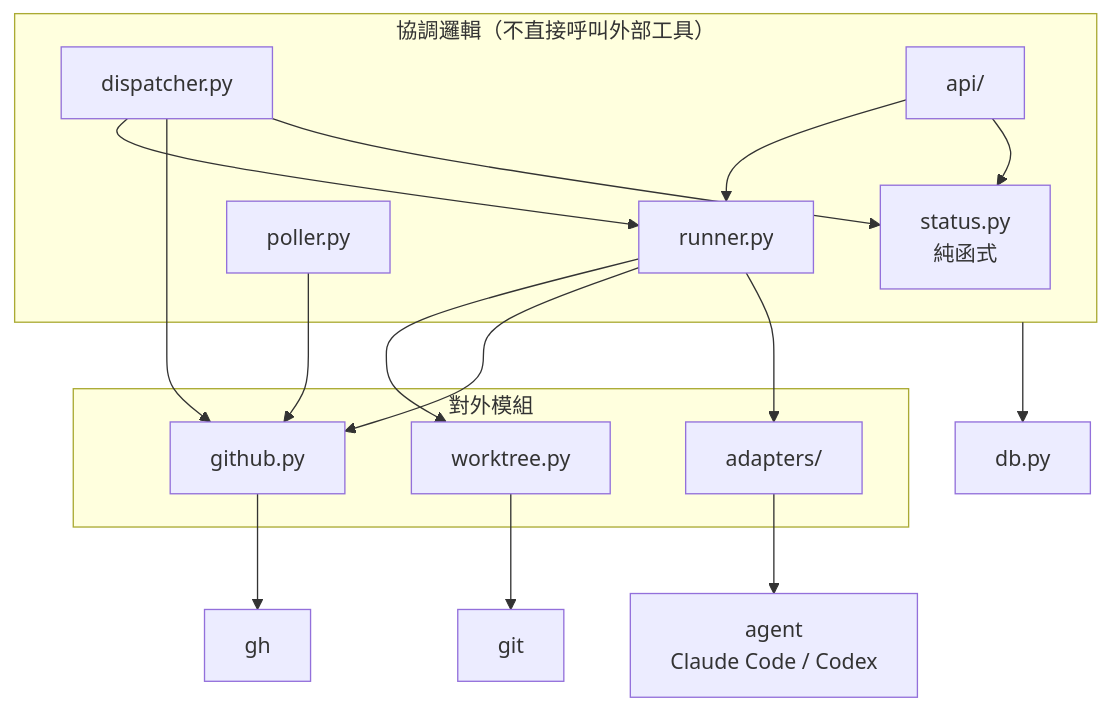
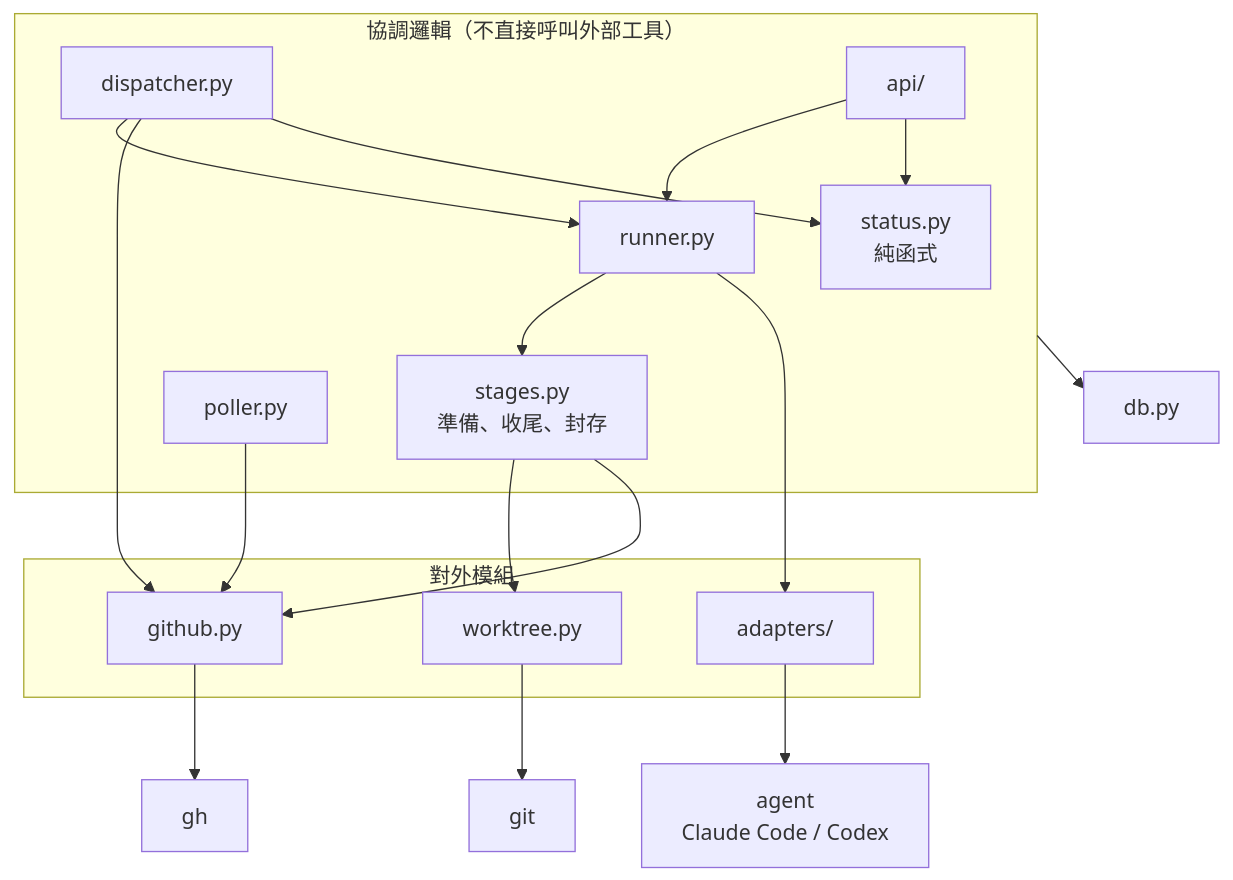
Before and after one commit to ppoozine/agent-supervisor: the second of 18 diagrams in docs/06-diagrams.md, drawn with Mermaid. The commit also changed 4 other files, not shown here.

````diff
--- a/docs/06-diagrams.md
+++ b/docs/06-diagrams.md
@@ -85,36 +85,38 @@
 ```mermaid
 flowchart TD
     subgraph core["協調邏輯（不直接呼叫外部工具）"]
         runner["runner.py"]
+        stagesmod["stages.py<br/>準備、收尾、封存"]
         dispatcher["dispatcher.py"]
         poller["poller.py"]
         status["status.py<br/>純函式"]
         apimod["api/"]
     end
 
     subgraph outward["對外模組"]
         worktree["worktree.py"]
         githubmod["github.py"]
         adapters["adapters/"]
     end
 
     dbmod["db.py"]
 
     git["git"]
     gh["gh"]
     agent["agent<br/>Claude Code / Codex"]
 
     apimod --> runner
     apimod --> status
     dispatcher --> runner
     dispatcher --> githubmod
     dispatcher --> status
     poller --> githubmod
-    runner --> worktree
-    runner --> githubmod
+    runner --> stagesmod
+    stagesmod --> worktree
+    stagesmod --> githubmod
     runner --> adapters
     worktree --> git
     githubmod --> gh
     adapters --> agent
     core --> dbmod
 ```
````
